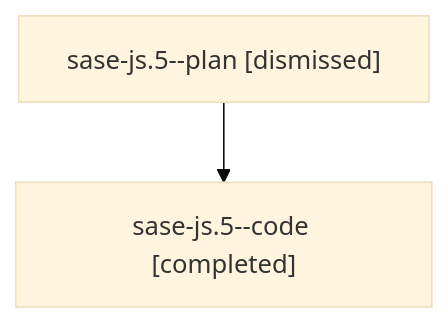
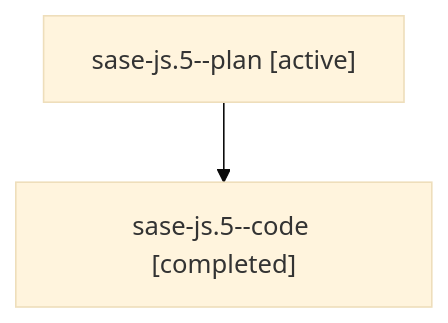
Before and after one commit to sase-org/sase--agents: the diagram in families/bbugyi200.athena.sase-js.5.md, drawn with Mermaid (base theme). The commit also changed other lines of this file and 35830 other files, not shown here.

````diff
--- a/families/bbugyi200.athena.sase-js.5.md
+++ b/families/bbugyi200.athena.sase-js.5.md
@@ -9,6 +9,6 @@
 ```mermaid
 flowchart TD
-  n0["sase-js.5--plan [dismissed]"]
+  n0["sase-js.5--plan [active]"]
   n1["sase-js.5--code [completed]"]
   n0 --> n1
 ```
````
